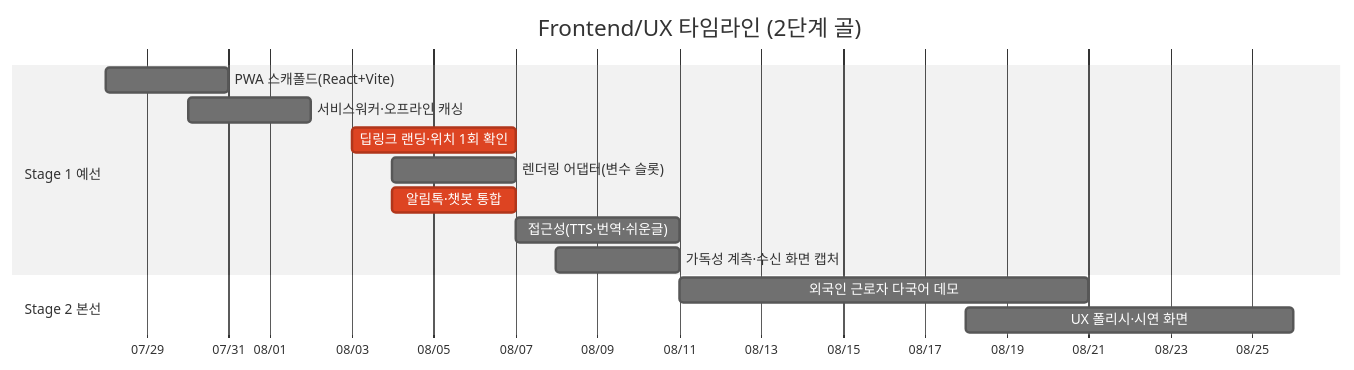
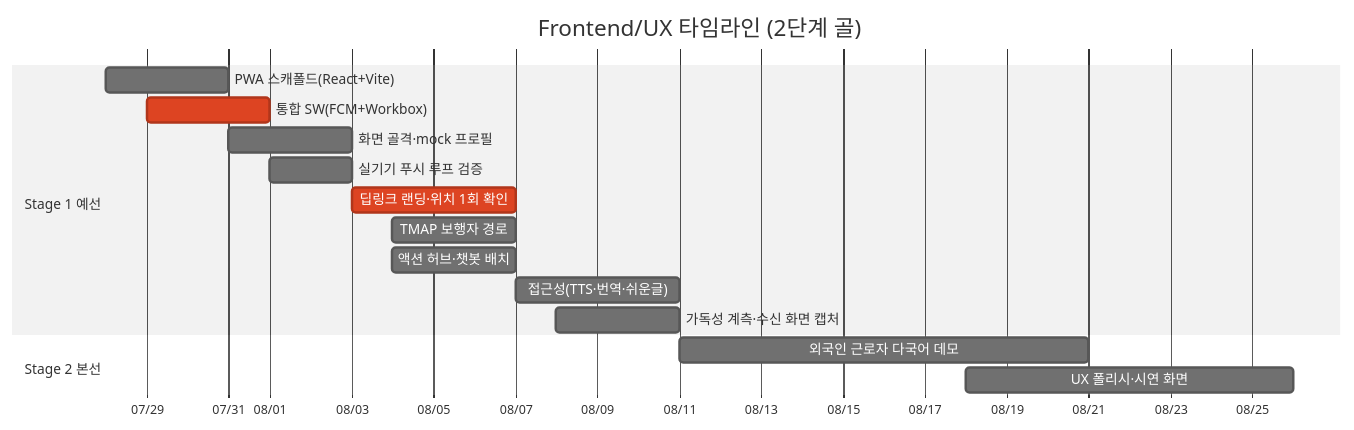
One commit to team-savers/savers-project changed the diagram in docs/역할_일정/04-프론트엔드-UX.md. Above: the diagram before and after it, drawn with Mermaid (neutral theme). The commit also changed other lines of this file and 2 other files, not shown here.

````diff
--- a/docs/역할_일정/04-프론트엔드-UX.md
+++ b/docs/역할_일정/04-프론트엔드-UX.md
@@ -9,17 +13,19 @@
 ```mermaid
 gantt
     title Frontend/UX 타임라인 (2단계 골)
     dateFormat YYYY-MM-DD
     axisFormat %m/%d
     section Stage 1 예선
     PWA 스캐폴드(React+Vite)   :2026-07-28, 3d
-    서비스워커·오프라인 캐싱   :2026-07-30, 3d
+    통합 SW(FCM+Workbox)       :crit, 2026-07-29, 3d
+    화면 골격·mock 프로필      :2026-07-31, 3d
+    실기기 푸시 루프 검증      :2026-08-01, 2d
     딥링크 랜딩·위치 1회 확인   :crit, 2026-08-03, 4d
-    렌더링 어댑터(변수 슬롯)    :2026-08-04, 3d
-    알림톡·챗봇 통합           :crit, 2026-08-04, 3d
+    TMAP 보행자 경로           :2026-08-04, 3d
+    액션 허브·챗봇 배치        :2026-08-04, 3d
     접근성(TTS·번역·쉬운글)     :2026-08-07, 4d
     가독성 계측·수신 화면 캡처   :2026-08-08, 3d
     section Stage 2 본선
     외국인 근로자 다국어 데모   :2026-08-11, 10d
     UX 폴리시·시연 화면        :2026-08-18, 8d
 ```
````
